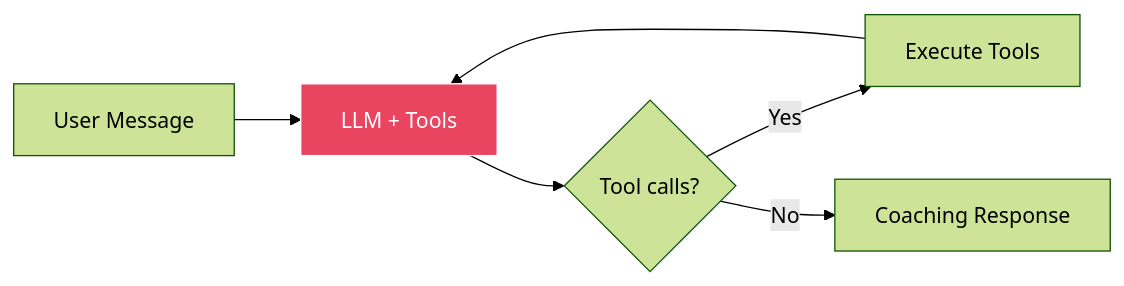
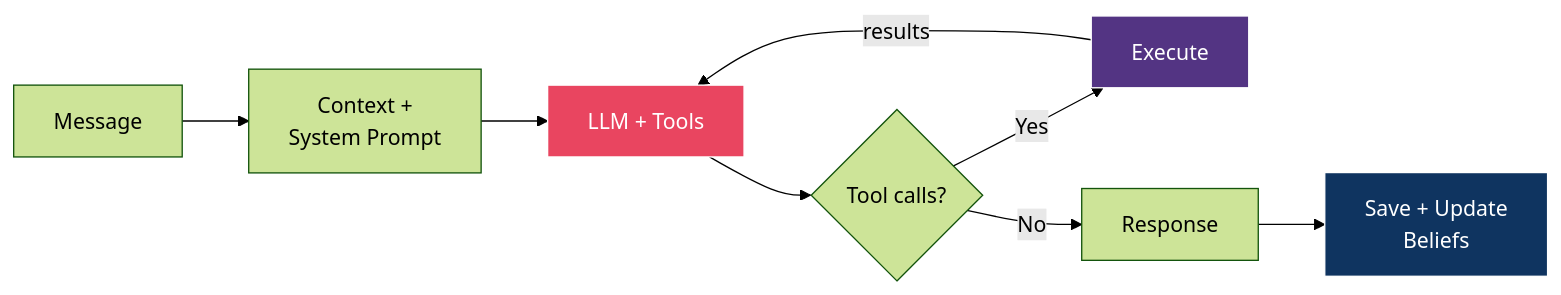
The second of 4 diagrams in README.md (RomanRnlt/AgenticSports), drawn with Mermaid (forest theme) before and after one commit. The commit also changed other lines of this file and 1 other file, not shown here.

````diff
--- a/README.md
+++ b/README.md
@@ -108,10 +69,14 @@
 ```mermaid
 flowchart LR
-    A["User Message"] --> B["LLM + Tools"]
-    B --> C{Tool calls?}
-    C -->|Yes| D["Execute Tools"]
-    D --> B
-    C -->|No| E["Coaching Response"]
+    A["Message"] --> B["Context +<br/>System Prompt"]
+    B --> C["LLM + Tools"]
+    C --> D{Tool calls?}
+    D -->|Yes| E["Execute"]
+    E -->|results| C
+    D -->|No| F["Response"]
+    F --> G["Save + Update<br/>Beliefs"]
 
-    style B fill:#e94560,stroke:#fff,color:#fff
+    style C fill:#e94560,stroke:#fff,color:#fff
+    style E fill:#533483,stroke:#fff,color:#fff
+    style G fill:#0f3460,stroke:#fff,color:#fff
 ```
````
